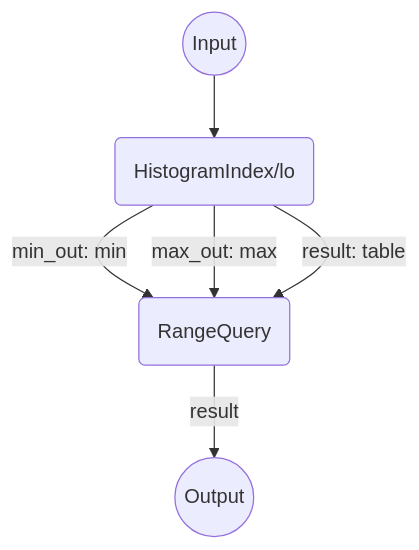
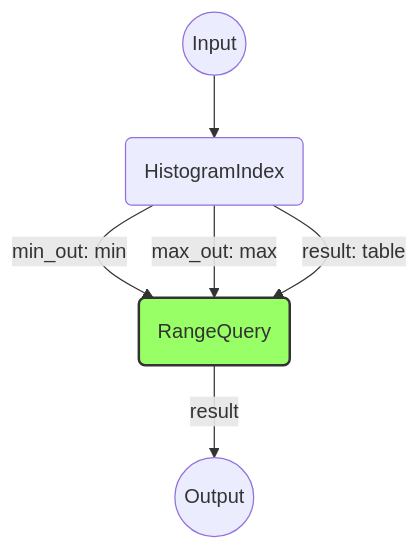
Before and after one commit to progressivis/progressivis: the first of 2 diagrams in doc/module_library.md, drawn with Mermaid. The commit also changed other lines of this file and 4 other files, not shown here.

Commit message:
essays graphviz and mermaid

````diff
--- a/doc/module_library.md
+++ b/doc/module_library.md
@@ -180,13 +172,15 @@
 ```{mermaid}
 flowchart TD
-    hi(HistogramIndex/lo)
+    classDef green fill:#9f6,stroke:#333,stroke-width:2px;
+    classDef orange fill:#f96,stroke:#333,stroke-width:4px;
+    hi(HistogramIndex)
     rq(RangeQuery)
     in((Input))
     o((Output))
     in --> hi
-    hi -->|min_out: min|rq
+    hi--min_out: min-->rq
     hi -->|max_out: max|rq
     hi -->|result: table|rq
     rq -->|result|o
-
+    class rq green
 ```
````
